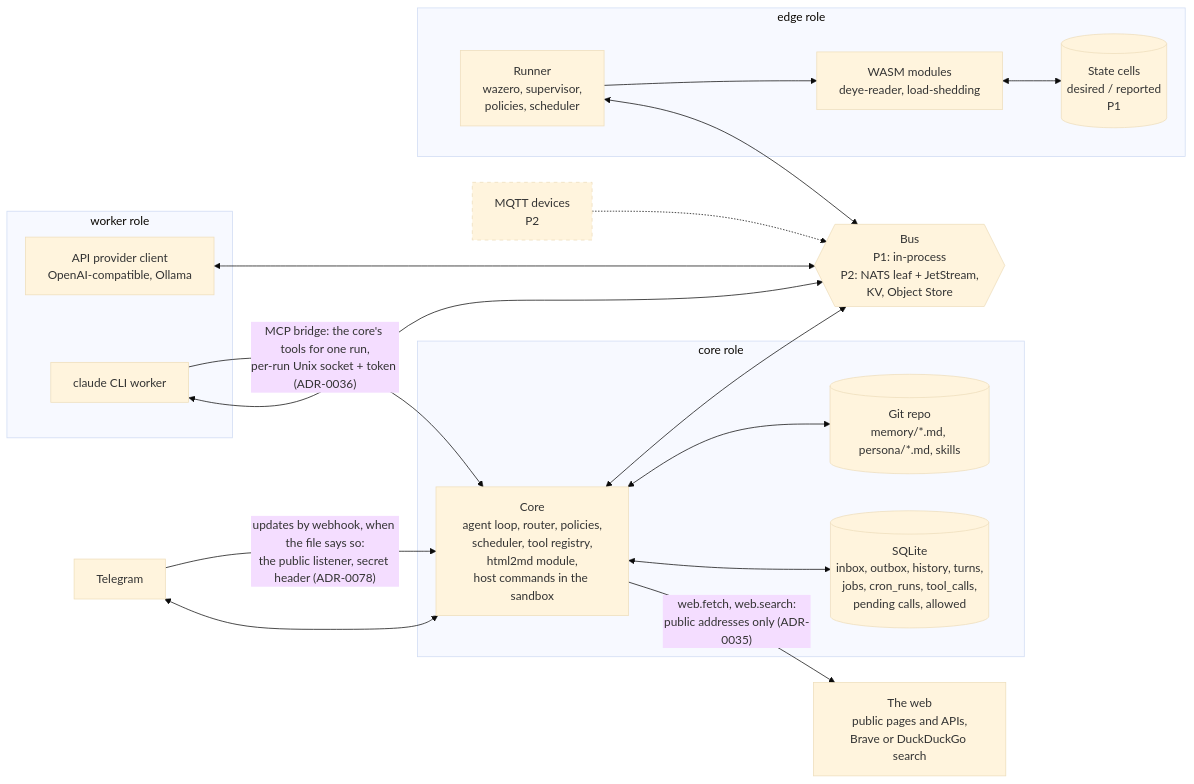
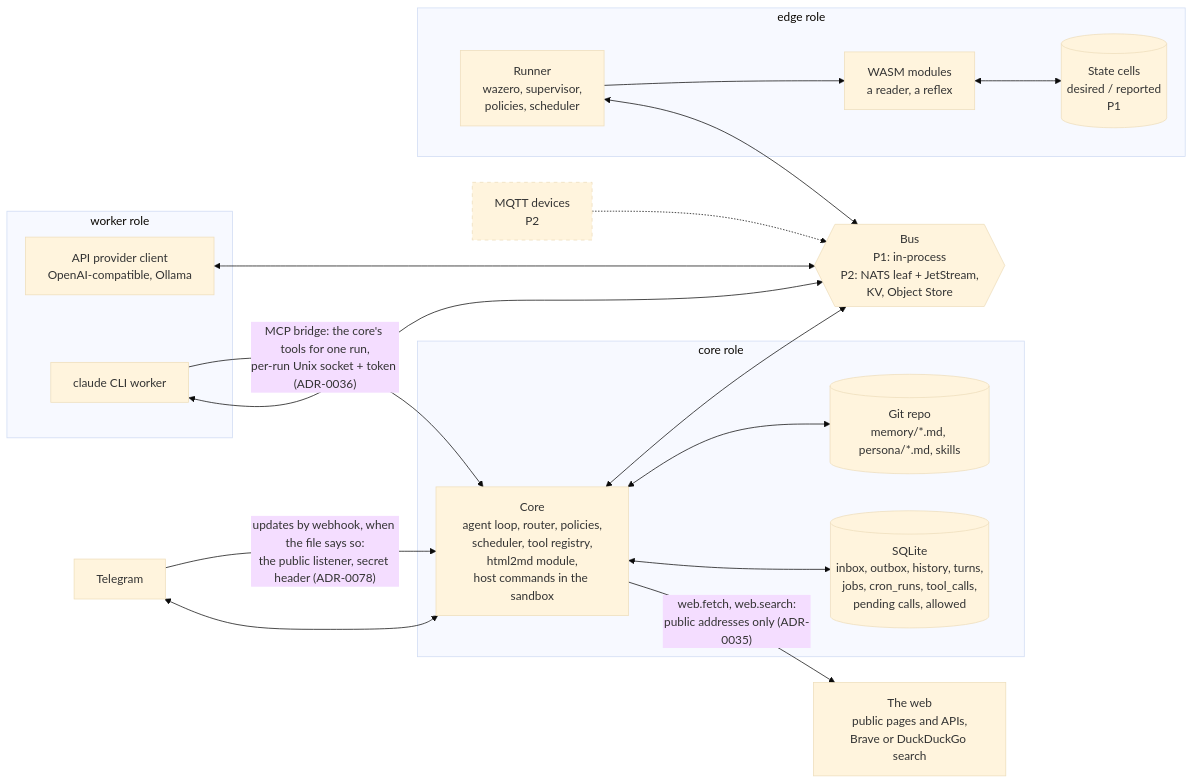
Before and after one commit to igorrius/ganglion: the first of 3 diagrams in docs/architecture/02-containers.md, drawn with Mermaid (base theme). The commit also changed 65 other files, not shown here.

````diff
--- a/docs/architecture/02-containers.md
+++ b/docs/architecture/02-containers.md
@@ -9,42 +9,42 @@
 ```mermaid
 flowchart LR
     tg["Telegram"]
     web["The web<br/>public pages and APIs,<br/>Brave or DuckDuckGo search"]
     mqttdev["MQTT devices<br/>P2"]
 
     subgraph corerole["core role"]
         corep["Core<br/>agent loop, router, policies,<br/>scheduler, tool registry,<br/>html2md module,<br/>host commands in the sandbox"]
         sqlite[("SQLite<br/>inbox, outbox, history, turns,<br/>jobs, cron_runs, tool_calls,<br/>pending calls, allowed")]
         memrepo[("Git repo<br/>memory/*.md, persona/*.md, skills")]
     end
 
     subgraph edgerole["edge role"]
         runner["Runner<br/>wazero, supervisor,<br/>policies, scheduler"]
-        mods["WASM modules<br/>deye-reader, load-shedding"]
+        mods["WASM modules<br/>a reader, a reflex"]
         cells[("State cells<br/>desired / reported<br/>P1")]
     end
 
     subgraph workerrole["worker role"]
         api["API provider client<br/>OpenAI-compatible, Ollama"]
         cli["claude CLI worker"]
     end
 
     bus{{"Bus<br/>P1: in-process<br/>P2: NATS leaf + JetStream,<br/>KV, Object Store"}}
 
     tg <--> corep
     tg -- "updates by webhook, when the file says so:<br/>the public listener, secret header (ADR-0078)" --> corep
     corep -- "web.fetch, web.search:<br/>public addresses only (ADR-0035)" --> web
     corep <--> sqlite
     corep <--> memrepo
     corep <--> bus
     runner <--> bus
     runner --> mods
     mods <--> cells
     api <--> bus
     cli <--> bus
     cli -- "MCP bridge: the core's tools for one run,<br/>per-run Unix socket + token (ADR-0036)" --> corep
     mqttdev -.-> bus
 
     classDef planned stroke-dasharray: 5 5
     class mqttdev planned
 ```
````
